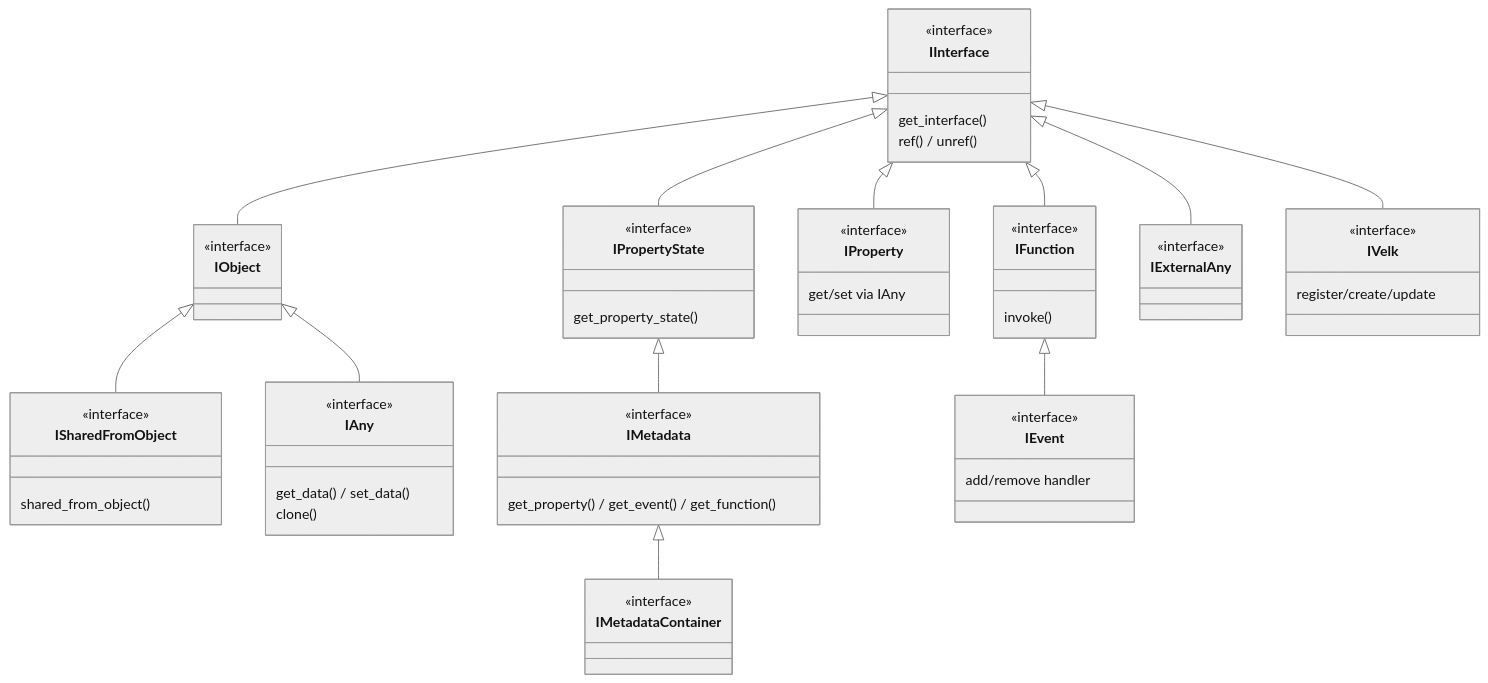
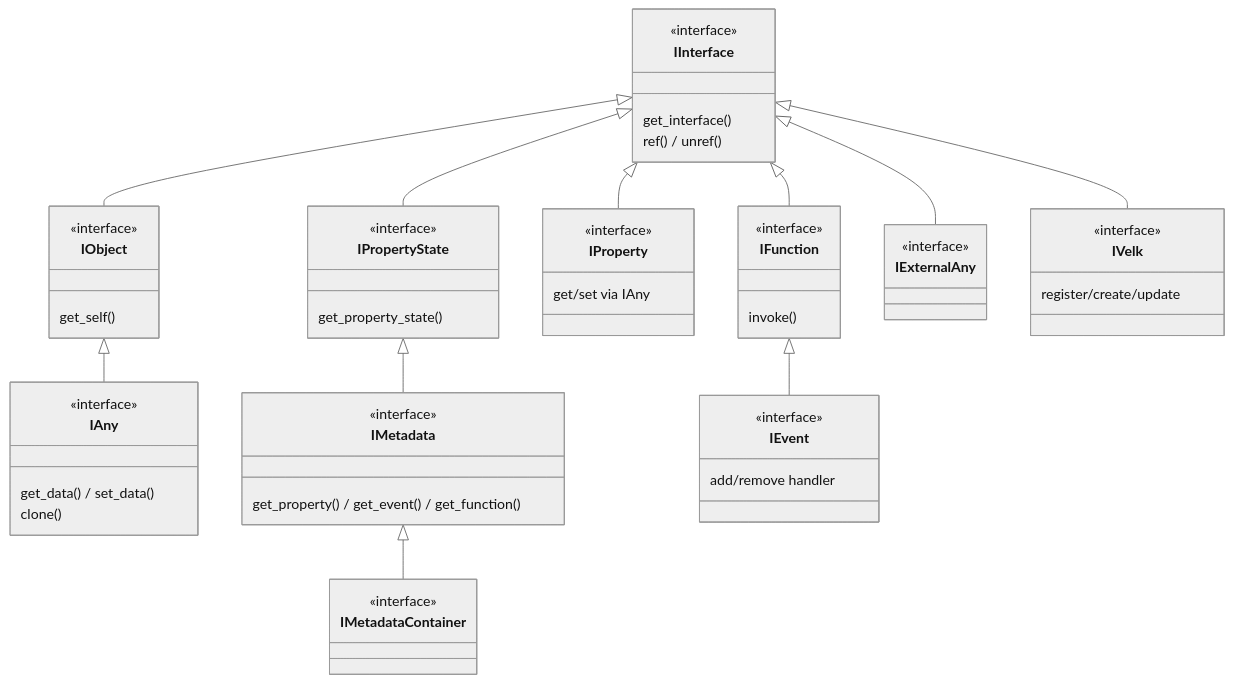
The second of 3 diagrams in docs/architecture.md (ljaaskela/strata), drawn with Mermaid (neutral theme) before and after one commit. The commit also changed other lines of this file and 10 other files, not shown here.

Commit message:
Optimize shared_ptr, remove ISharedFromObject (get_self now free for IObject)

````diff
--- a/docs/architecture.md
+++ b/docs/architecture.md
@@ -110,71 +110,67 @@
 ```mermaid
 classDiagram
     direction TB
 
     class IInterface {
         <<interface>>
         get_interface()
         ref() / unref()
     }
 
     class IObject {
         <<interface>>
-    }
-    class ISharedFromObject {
-        <<interface>>
-        shared_from_object()
+        get_self()
     }
     class IAny {
         <<interface>>
         get_data() / set_data()
         clone()
     }
 
     class IPropertyState {
         <<interface>>
         get_property_state()
     }
     class IMetadata {
         <<interface>>
         get_property() / get_event() / get_function()
     }
     class IMetadataContainer {
         <<interface>>
     }
 
     class IProperty {
         <<interface>>
         get/set via IAny
     }
     class IFunction {
         <<interface>>
         invoke()
     }
     class IEvent {
         <<interface>>
         add/remove handler
     }
 
     class IExternalAny {
         <<interface>>
     }
     class IVelk {
         <<interface>>
         register/create/update
     }
 
     IInterface <|-- IObject
-    IObject <|-- ISharedFromObject
     IObject <|-- IAny
 
     IInterface <|-- IPropertyState
     IPropertyState <|-- IMetadata
     IMetadata <|-- IMetadataContainer
 
     IInterface <|-- IProperty
     IInterface <|-- IFunction
     IFunction <|-- IEvent
 
     IInterface <|-- IExternalAny
     IInterface <|-- IVelk
 ```
````
